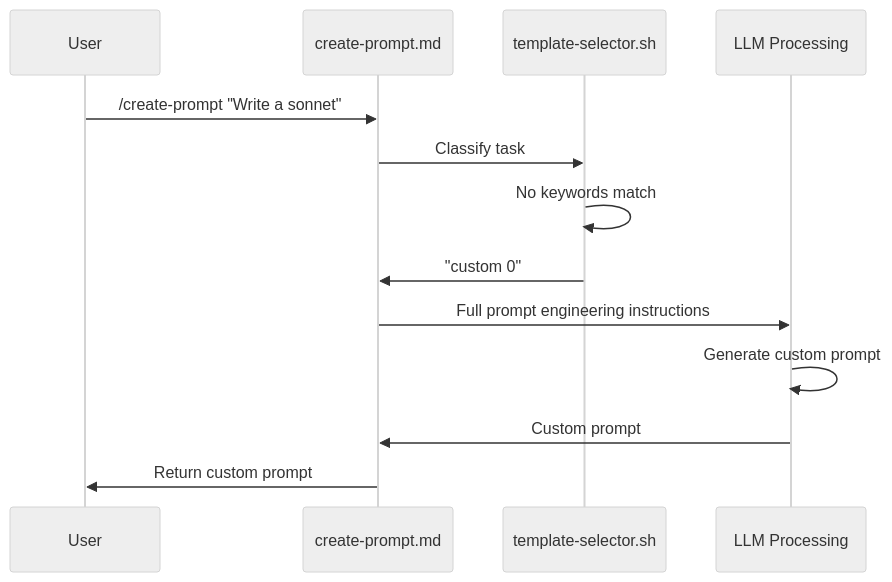
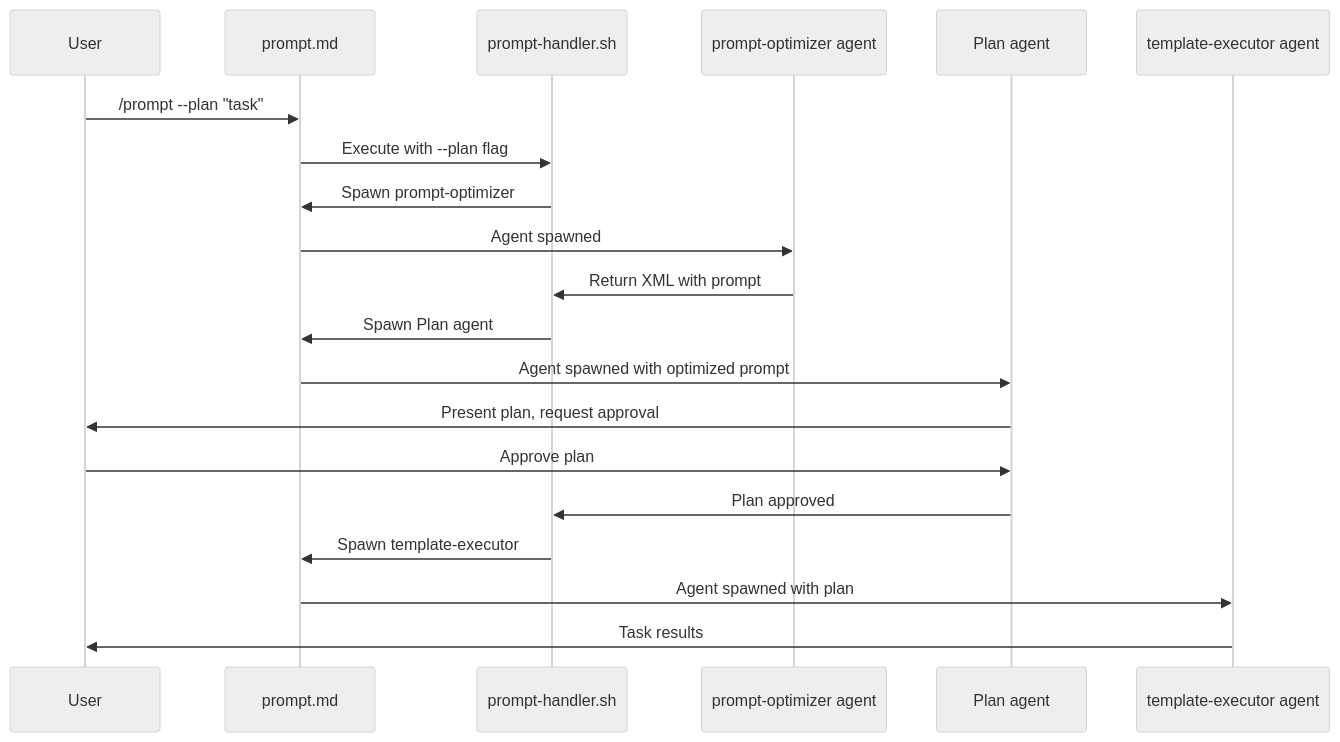
The fifth of 5 diagrams in meta-prompt/docs/architecture-overview.md (jtsylve/claude-experiments), drawn with Mermaid (neutral theme) before and after one commit. The commit also changed other lines of this file and 32 other files, not shown here.

First line of the commit message:
Refactor to state machine architecture with specialized agents

````diff
--- a/meta-prompt/docs/architecture-overview.md
+++ b/meta-prompt/docs/architecture-overview.md
@@ -372,16 +381,23 @@
 ```mermaid
 sequenceDiagram
     participant User
-    participant CreatePromptMD as create-prompt.md
-    participant Selector as template-selector.sh
-    participant LLM as LLM Processing
+    participant PromptMD as prompt.md
+    participant Handler as prompt-handler.sh
+    participant Optimizer as prompt-optimizer agent
+    participant Plan as Plan agent
+    participant Executor as template-executor agent
 
-    User->>CreatePromptMD: /create-prompt "Write a sonnet"
-    CreatePromptMD->>Selector: Classify task
-    Selector->>Selector: No keywords match
-    Selector->>CreatePromptMD: "custom 0"
-    CreatePromptMD->>LLM: Full prompt engineering instructions
-    LLM->>LLM: Generate custom prompt
-    LLM->>CreatePromptMD: Custom prompt
-    CreatePromptMD->>User: Return custom prompt
+    User->>PromptMD: /prompt --plan "task"
+    PromptMD->>Handler: Execute with --plan flag
+    Handler->>PromptMD: Spawn prompt-optimizer
+    PromptMD->>Optimizer: Agent spawned
+    Optimizer->>Handler: Return XML with prompt
+    Handler->>PromptMD: Spawn Plan agent
+    PromptMD->>Plan: Agent spawned with optimized prompt
+    Plan->>User: Present plan, request approval
+    User->>Plan: Approve plan
+    Plan->>Handler: Plan approved
+    Handler->>PromptMD: Spawn template-executor
+    PromptMD->>Executor: Agent spawned with plan
+    Executor->>User: Task results
 ```
````
